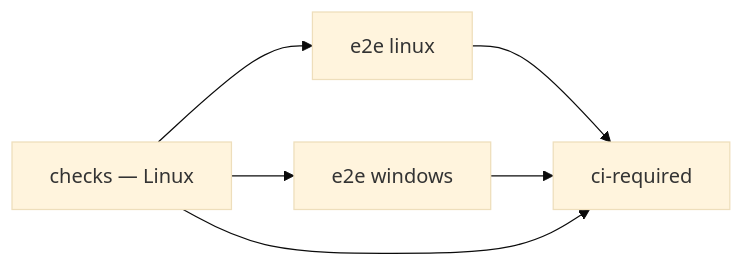
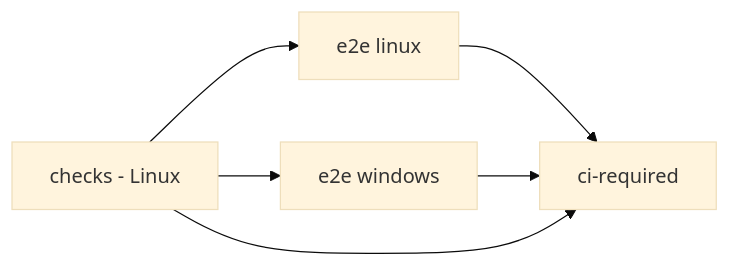
The diagram in docs/ci.md (kxlion/mcp-relay), drawn with Mermaid (base theme) before and after one commit. The commit also changed 4 other files, not shown here.

````diff
--- a/docs/ci.md
+++ b/docs/ci.md
@@ -15,8 +15,8 @@
 ```mermaid
 flowchart LR
-    Checks[checks — Linux] --> Linux[e2e linux]
+    Checks[checks - Linux] --> Linux[e2e linux]
     Checks --> Windows[e2e windows]
     Linux --> Gate[ci-required]
     Windows --> Gate
     Checks --> Gate
 ```
````
